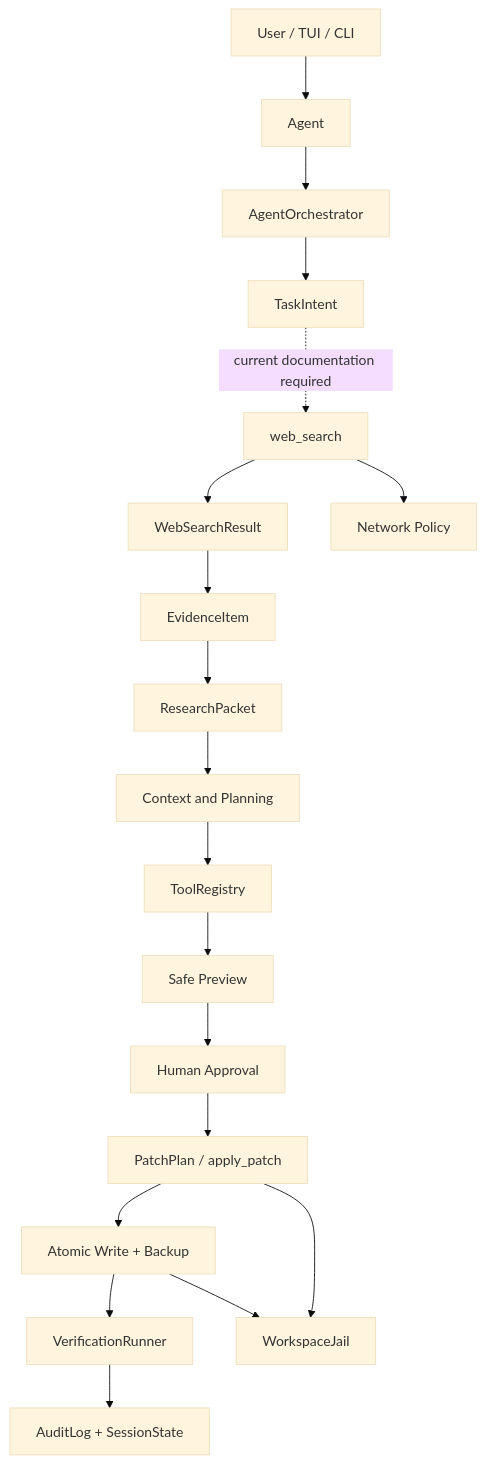
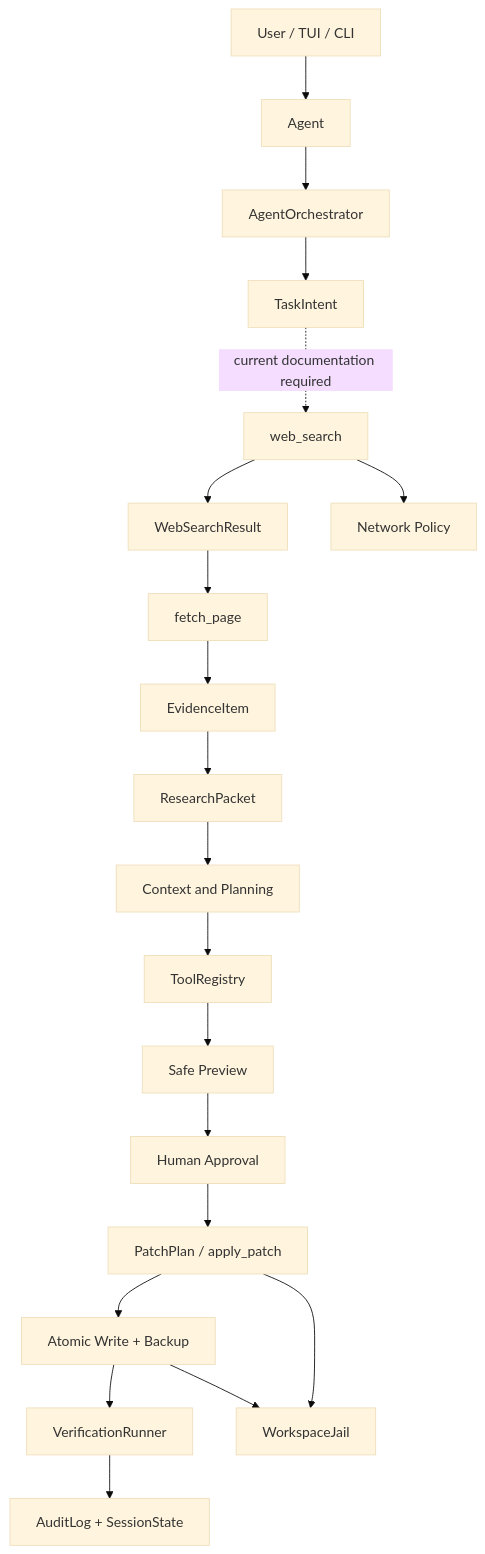
Before and after one commit to amiraq1/termux-coder: the diagram in docs/architecture.md, drawn with Mermaid (base theme). The commit also changed other lines of this file and 10 other files, not shown here.

Commit message:
feat: add researching state and safe page fetch

````diff
--- a/docs/architecture.md
+++ b/docs/architecture.md
@@ -11,21 +11,22 @@
 ```mermaid
 flowchart TD
     U[User / TUI / CLI] --> A[Agent]
     A --> O[AgentOrchestrator]
     O --> I[TaskIntent]
     I -. current documentation required .-> W[web_search]
     W --> R[WebSearchResult]
-    R --> E[EvidenceItem]
+    R --> F[fetch_page]
+    F --> E[EvidenceItem]
     E --> P[ResearchPacket]
     P --> C[Context and Planning]
     C --> T[ToolRegistry]
     T --> V[Safe Preview]
     V --> G[Human Approval]
     G --> X[PatchPlan / apply_patch]
     X --> B[Atomic Write + Backup]
     B --> Q[VerificationRunner]
     Q --> Z[AuditLog + SessionState]
     W --> N[Network Policy]
     X --> S[WorkspaceJail]
     B --> S
 ```
````
